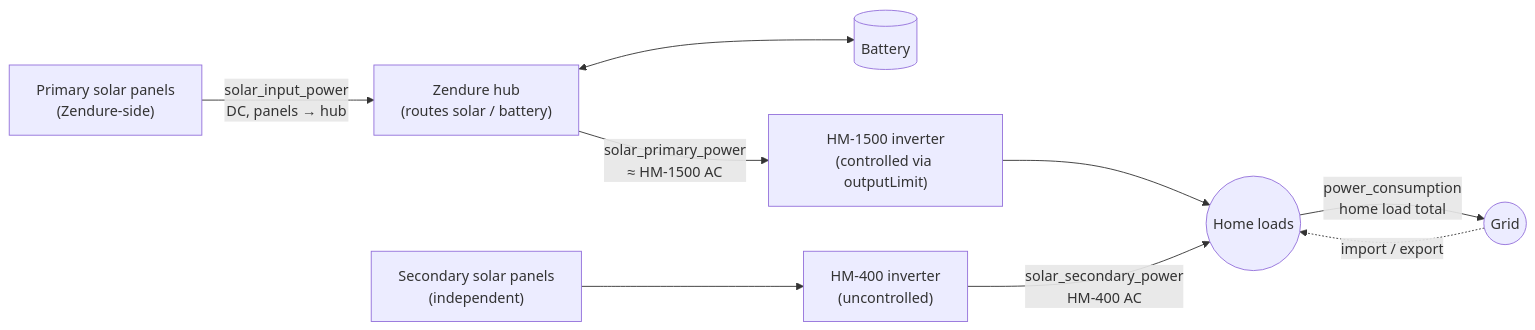
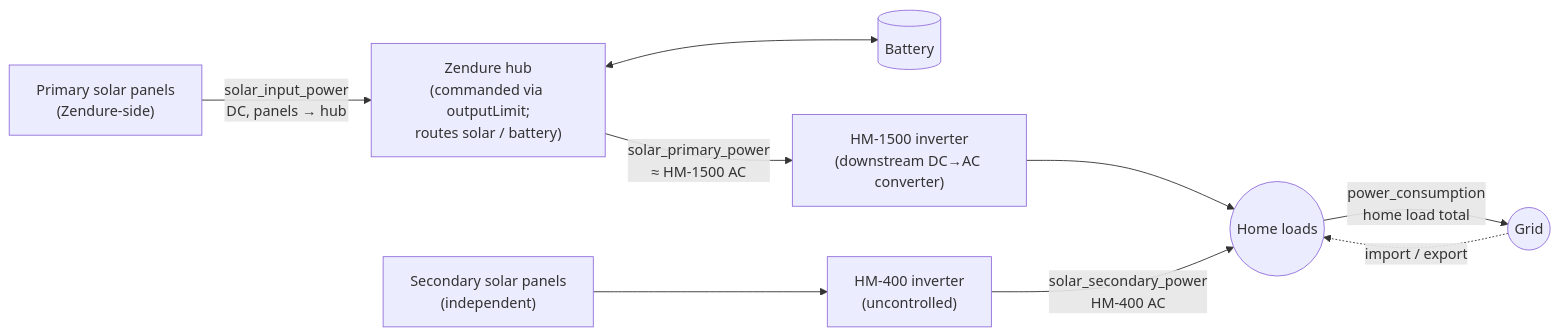
One commit to jknofe/ha-appdeamon-apps changed the diagram in README.md. Above: the diagram before and after it, drawn with Mermaid. The commit also changed other lines of this file and 2 other files, not shown here.

Commit message:
Fix wording: we command the Zendure, not the HM-1500
The HM-1500 is a downstream DC->AC converter, not a target of our
control loop. We send outputLimit MQTT commands to the Zendure hub;
the hub decides routing (solar_input panels and/or battery) and feeds
HM-1500 with the resulting DC power, which HM-1500 converts to AC for
the home.

Updated wording in:
- README.md: mermaid diagram label (HM-1500 -> 'downstream DC->AC
  converter'; Zendure hub -> 'commanded via outputLimit, routes
  solar/battery'). Table entry for solar_primary_power and the
  control-law explanation reflect the same.
- apps.yaml: power_inputs comment for solar_primary_power.
- ZendureSetpoint.py: module docstring and compute_setpoint docstring.

No code change, just docs/comments.

````diff
--- a/README.md
+++ b/README.md
@@ -16,20 +16,20 @@
 ```mermaid
 flowchart LR
     PRIMARY_PANELS["Primary solar panels<br/>(Zendure-side)"]
     SECONDARY_PANELS["Secondary solar panels<br/>(independent)"]
-    ZENDURE["Zendure hub<br/>(routes solar / battery)"]
+    ZENDURE["Zendure hub<br/>(commanded via outputLimit;<br/>routes solar / battery)"]
     BATT[("Battery")]
-    HM1500["HM-1500 inverter<br/>(controlled via outputLimit)"]
+    HM1500["HM-1500 inverter<br/>(downstream DC&rarr;AC converter)"]
     HM400["HM-400 inverter<br/>(uncontrolled)"]
     HOME(("Home loads"))
     GRID(("Grid"))
 
     PRIMARY_PANELS -->|solar_input_power<br/>DC, panels → hub| ZENDURE
     ZENDURE <--> BATT
     ZENDURE -->|solar_primary_power<br/>≈ HM-1500 AC| HM1500
     SECONDARY_PANELS --> HM400
     HM1500 --> HOME
     HM400 -->|solar_secondary_power<br/>HM-400 AC| HOME
     HOME -->|power_consumption<br/>home load total| GRID
     GRID -.->|import / export| HOME
 ```
````
